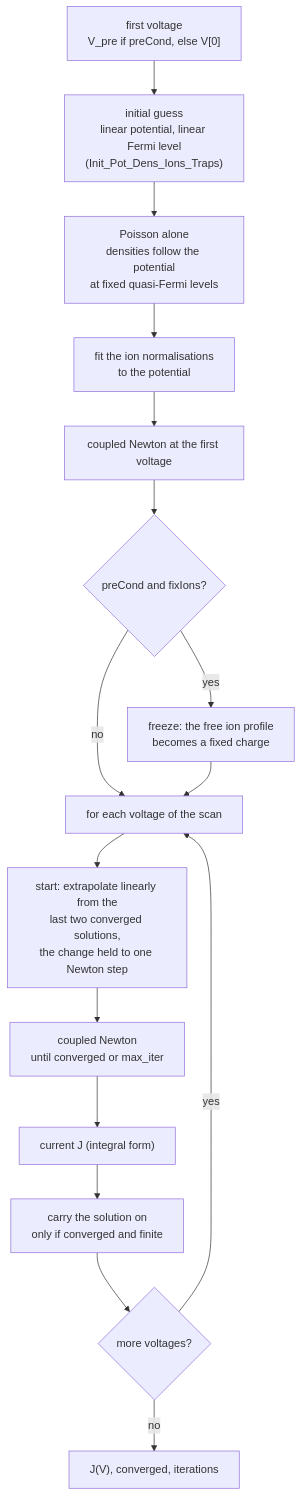
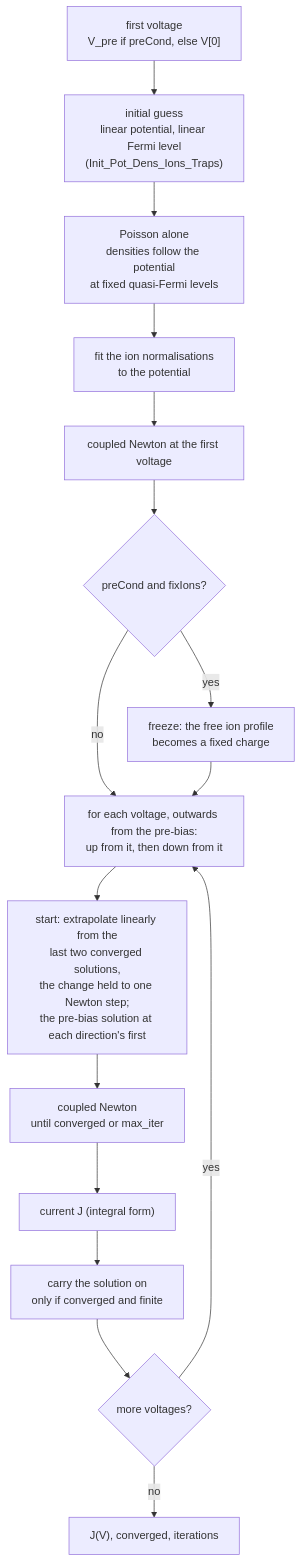
The second of 3 diagrams in docs/solver.md (trn84/jaxdd), drawn with Mermaid before and after one commit. The commit also changed other lines of this file and 5 other files, not shown here.

Commit message:
The scan outwards from the pre-bias, the first pass at 6 Newton steps; PLAN 1.2 (a) done, rewritten from the measurement

````diff
--- a/docs/solver.md
+++ b/docs/solver.md
@@ -45,18 +45,18 @@
 ```mermaid
 flowchart TD
     A["first voltage<br/>V_pre if preCond, else V[0]"] --> B["initial guess<br/>linear potential, linear Fermi level<br/>(Init_Pot_Dens_Ions_Traps)"]
     B --> C["Poisson alone<br/>densities follow the potential<br/>at fixed quasi-Fermi levels"]
     C --> D["fit the ion normalisations<br/>to the potential"]
     D --> E["coupled Newton at the first voltage"]
     E --> F{"preCond and fixIons?"}
     F -- "yes" --> G["freeze: the free ion profile<br/>becomes a fixed charge"]
     F -- "no" --> H
-    G --> H["for each voltage of the scan"]
-    H --> I["start: extrapolate linearly from the<br/>last two converged solutions,<br/>the change held to one Newton step"]
+    G --> H["for each voltage, outwards from the pre-bias:<br/>up from it, then down from it"]
+    H --> I["start: extrapolate linearly from the<br/>last two converged solutions,<br/>the change held to one Newton step;<br/>the pre-bias solution at each direction's first"]
     I --> J["coupled Newton<br/>until converged or max_iter"]
     J --> K["current J (integral form)"]
     K --> N["carry the solution on<br/>only if converged and finite"]
     N --> L{"more voltages?"}
     L -- "yes" --> H
     L -- "no" --> M["J(V), converged, iterations"]
 ```
````
